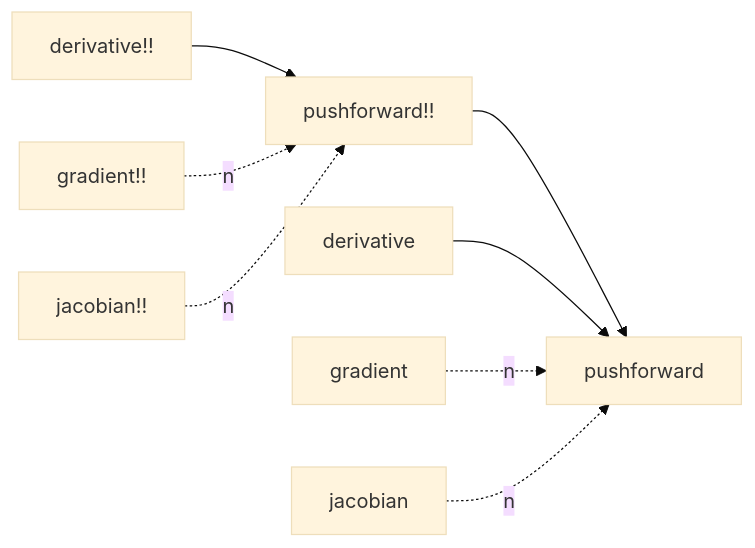
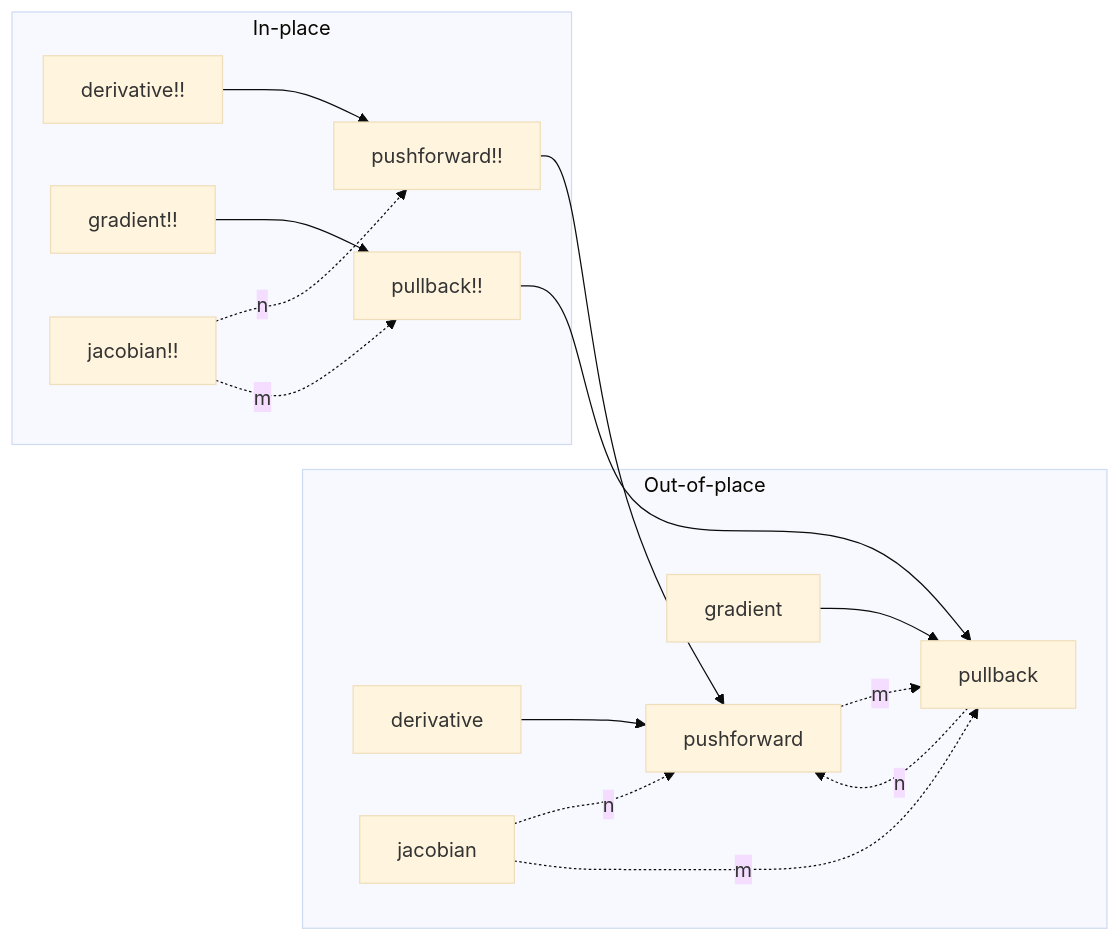
Before and after one commit to gdalle/DifferentiationInterface.jl: the diagram in docs/src/developer.md, drawn with Mermaid (base theme). The commit also changed other lines of this file and 10 other files, not shown here.

````diff
--- a/docs/src/developer.md
+++ b/docs/src/developer.md
@@ -29,10 +29,24 @@
 ```mermaid
 flowchart LR
-    pushforward!! --> pushforward
-    derivative --> pushforward
-    derivative!! --> pushforward!!
-    gradient .-> |n|pushforward
-    gradient!! .-> |n|pushforward!!
-    jacobian .-> |n|pushforward
-    jacobian!! .-> |n|pushforward!!
+    direction LR
+    subgraph Out-of-place
+        pushforward
+        pullback
+        derivative --> pushforward
+        gradient --> pullback
+        jacobian .-> |n|pushforward
+        jacobian .-> |m|pullback
+    end
+
+    subgraph In-place
+        pushforward!! --> pushforward
+        pullback!! --> pullback
+        derivative!! --> pushforward!!
+        gradient!! --> pullback!!
+        jacobian!! .-> |n|pushforward!!
+        jacobian!! .-> |m|pullback!!
+    end
+
+    pushforward .-> |m|pullback
+    pullback .-> |n|pushforward
 ```
````
